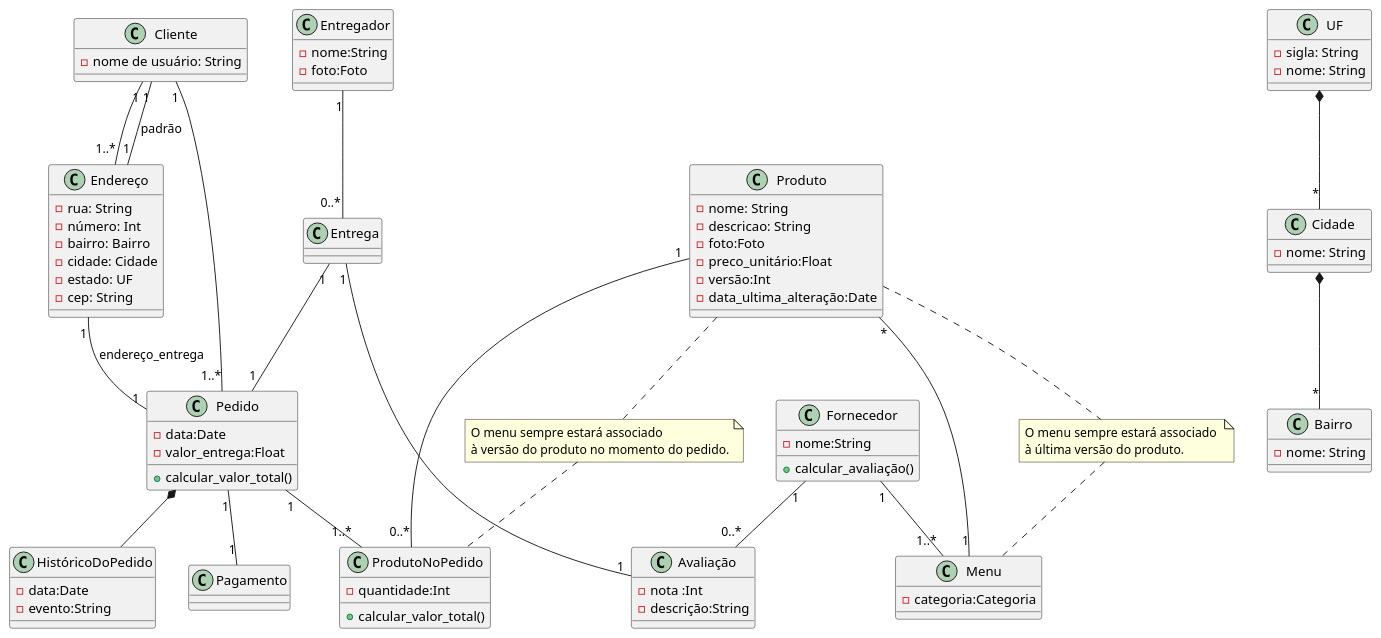
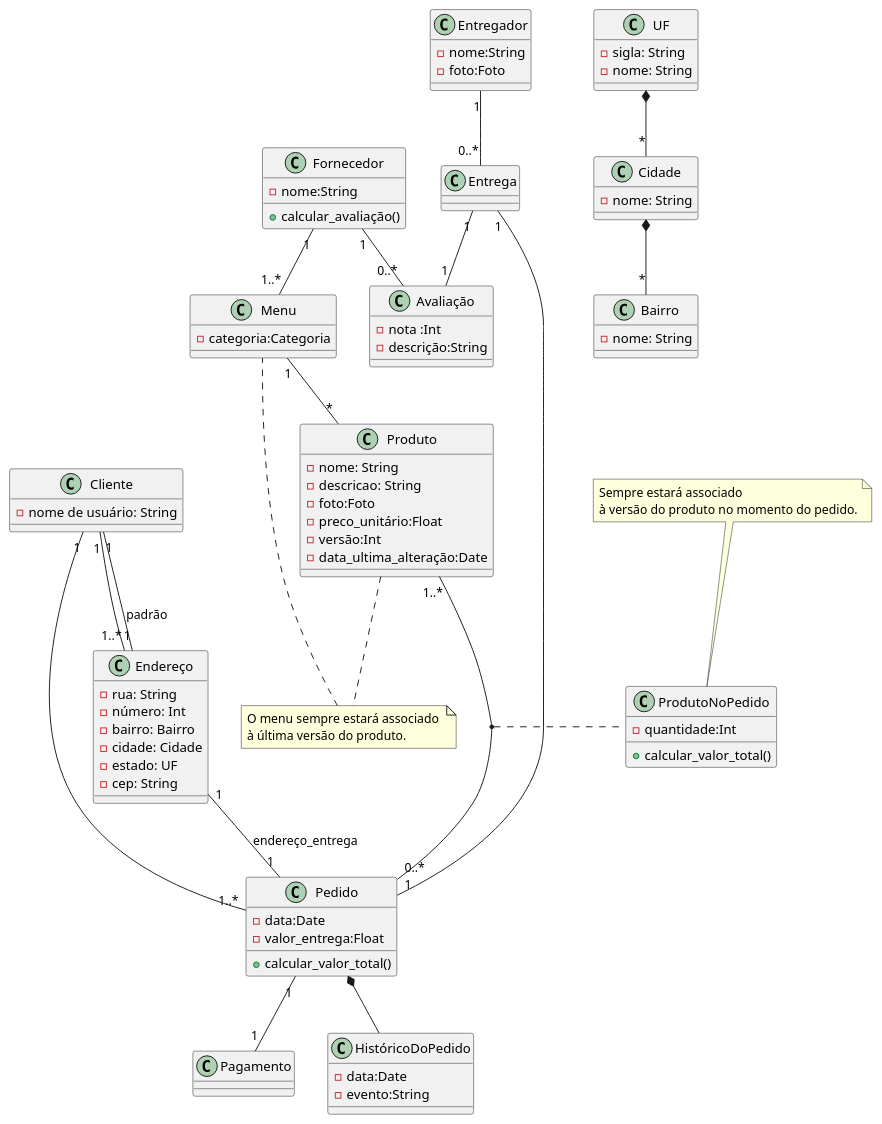
One commit to professortavares/techshot_python_enacom changed the diagram in docs/diagramas_classe/classes_principais.wsd. Above: the diagram before and after it, drawn with PlantUML.

Commit message:
Atualiação no diagrama de classes

```diff
--- a/docs/diagramas_classe/classes_principais.wsd
+++ b/docs/diagramas_classe/classes_principais.wsd
@@ -1,107 +1,107 @@
 @startuml
 class Produto{
     - nome: String
     - descricao: String
     - foto:Foto
     - preco_unitário:Float
     - versão:Int
     - data_ultima_alteração:Date
 
 }
 
 class Cliente{
     - nome de usuário: String
 }
 
 class Endereço {
     - rua: String
     - número: Int
     - bairro: Bairro
     - cidade: Cidade
     - estado: UF
     - cep: String
 }
 
 class UF {
     - sigla: String
     - nome: String
 }
 
 class Cidade{
     - nome: String
 }
 
 class Bairro {
     - nome: String
 }
 
 class Menu{
   - categoria:Categoria
 }
 
 class Entregador{
   - nome:String
   - foto:Foto
 }
 
 class Fornecedor{
   - nome:String
   + calcular_avaliação()
 }
 
 
 class Pagamento{}
 
 class Pedido{
   - data:Date
   - valor_entrega:Float
   + calcular_valor_total()
 
 }
 
 class HistóricoDoPedido {
   - data:Date
   - evento:String
 }
 
 class Entrega{
 
 }
 
 class ProdutoNoPedido {
   - quantidade:Int
 
   + calcular_valor_total()
   
 }
 
 class Avaliação {
   - nota :Int
   - descrição:String
 }
 
 UF *-- "*" Cidade 
 Cidade *-- "*" Bairro
 Cliente "1" -- "1..*" Endereço
 Cliente "1" -- "1" Endereço : padrão
-Produto "1" -- "0..*" ProdutoNoPedido
-Pedido "1" -- "1..*" ProdutoNoPedido
 Cliente "1" -- "1..*" Pedido
 Entrega "1" -- "1" Pedido
 Endereço "1" -- "1" Pedido: endereço_entrega
 Entregador "1" -- "0..*" Entrega
 Pedido "1" -- "1" Pagamento
 Menu  "1" -- "*" Produto
 Fornecedor "1" -- "1..*" Menu
 Entrega "1" -- "1" Avaliação
 Fornecedor "1" -- "0..*" Avaliação
 Pedido *-- HistóricoDoPedido
+Produto "1..*" -- "0..*" Pedido
+(Produto, Pedido) .. ProdutoNoPedido
+
 
 note "O menu sempre estará associado \nà última versão do produto." as N1
 Produto .. N1
 N1 .. Menu
 
-note "O menu sempre estará associado \nà versão do produto no momento do pedido." as N2
-Produto .. N2
+note "Sempre estará associado \nà versão do produto no momento do pedido." as N2
 N2 .. ProdutoNoPedido
 @enduml
```
